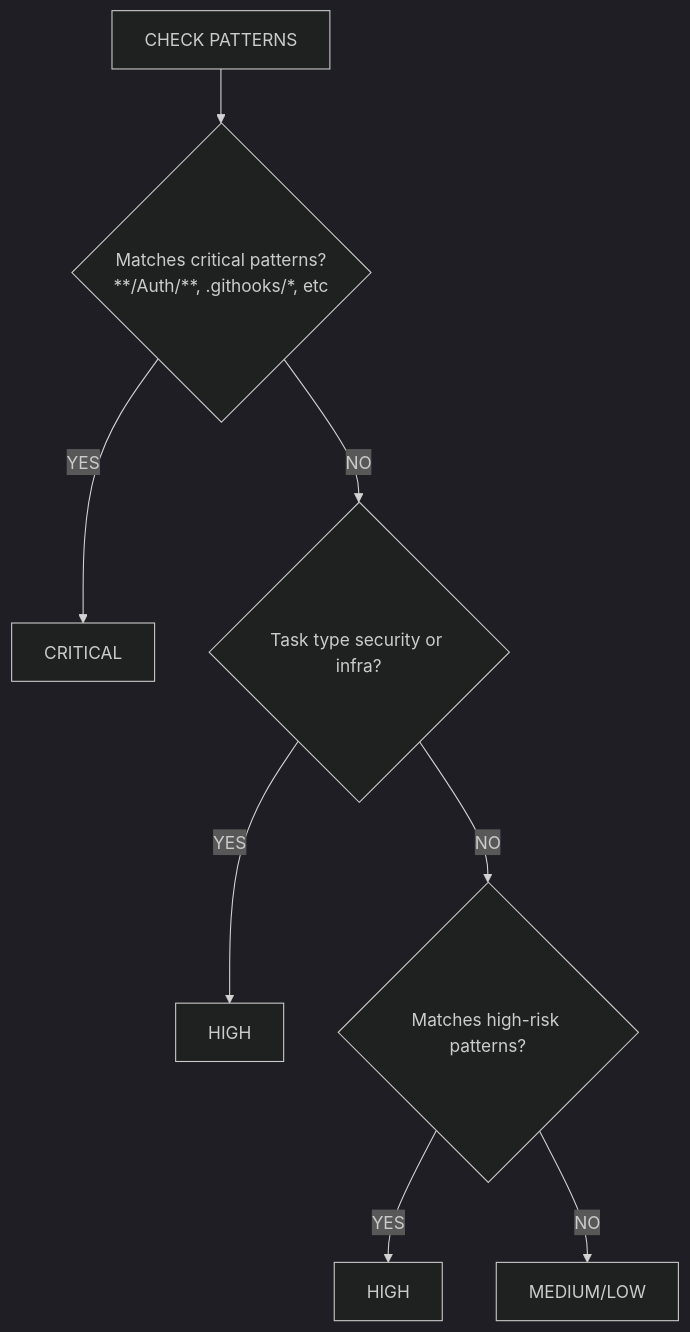
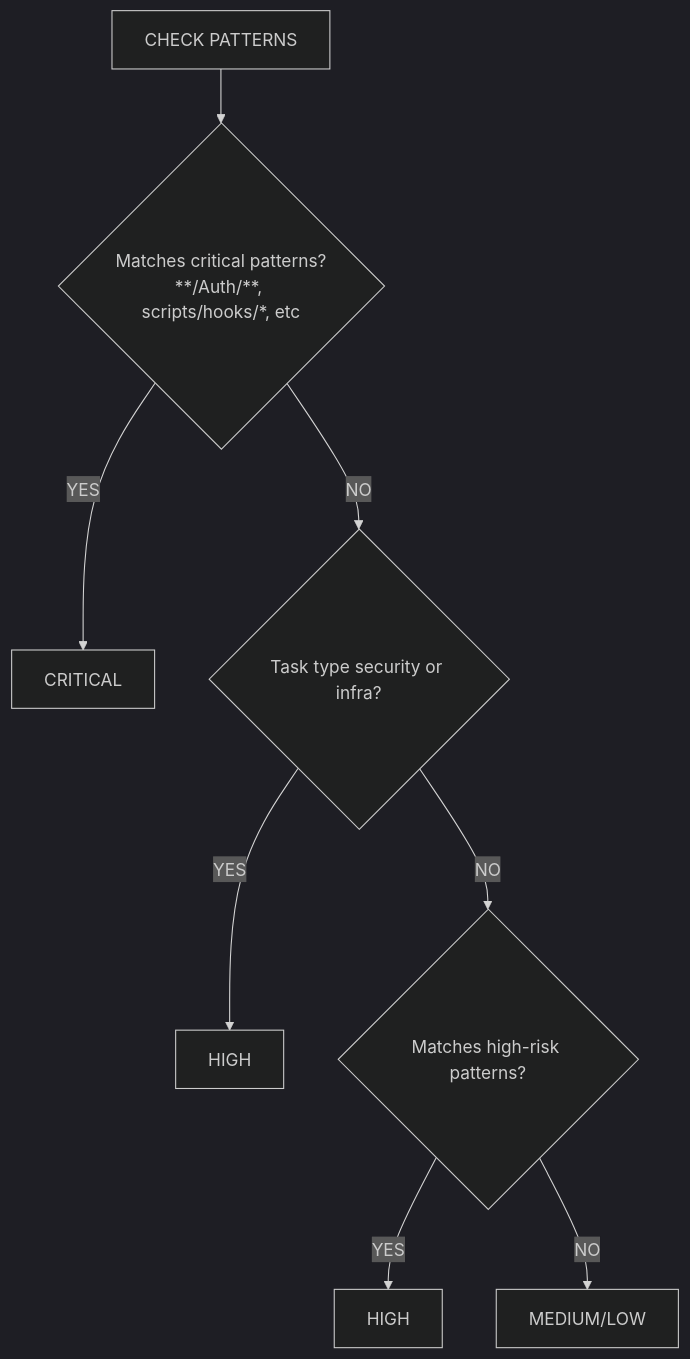
Before and after one commit to rjmurillo/ai-agents: the fourth of 8 diagrams in docs/diagrams/routing-flowchart.md, drawn with Mermaid (dark theme). The commit also changed other lines of this file and 4 other files, not shown here.

````diff
--- a/docs/diagrams/routing-flowchart.md
+++ b/docs/diagrams/routing-flowchart.md
@@ -101,14 +101,14 @@
 ```mermaid
 flowchart TB
     CHECK[CHECK PATTERNS]
-    CHECK --> CRITICAL_CHECK{Matches critical patterns?<br/>**/Auth/**, .githooks/*, etc}
+    CHECK --> CRITICAL_CHECK{Matches critical patterns?<br/>**/Auth/**, scripts/hooks/*, etc}
 
     CRITICAL_CHECK -->|YES| CRITICAL[CRITICAL]
     CRITICAL_CHECK -->|NO| TYPE_CHECK{Task type security or infra?}
 
     TYPE_CHECK -->|YES| HIGH1[HIGH]
     TYPE_CHECK -->|NO| HIGH_RISK_CHECK{Matches high-risk patterns?}
 
     HIGH_RISK_CHECK -->|YES| HIGH2[HIGH]
     HIGH_RISK_CHECK -->|NO| MEDIUM_LOW[MEDIUM/LOW]
 ```
````
